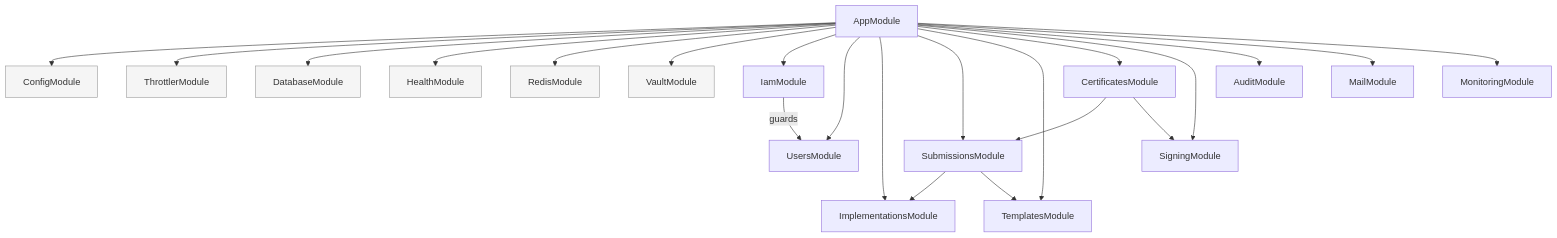
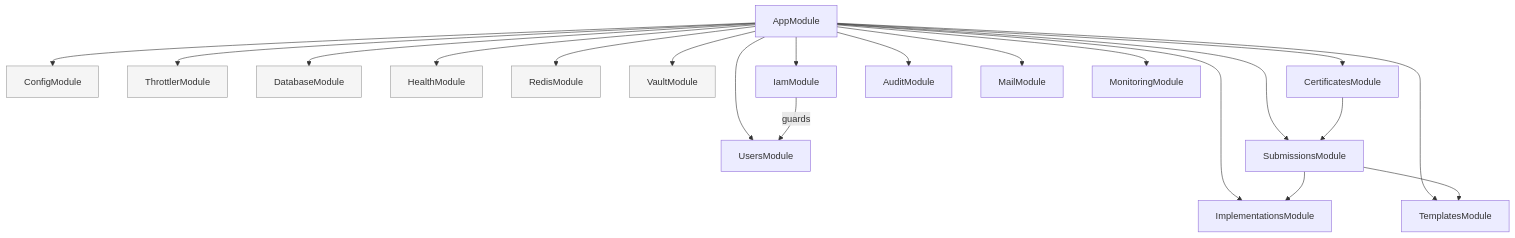
Before and after one commit to dhis2/certification-app: the third of 8 diagrams in docs/architecture.md, drawn with Mermaid. The commit also changed other lines of this file and 135 other files, not shown here.

````diff
--- a/docs/architecture.md
+++ b/docs/architecture.md
@@ -70,35 +84,33 @@
 ```mermaid
 graph TD
     App[AppModule]
 
     App --> Config[ConfigModule]
     App --> Throttler[ThrottlerModule]
     App --> Database[DatabaseModule]
     App --> Health[HealthModule]
     App --> RedisM[RedisModule]
     App --> VaultM[VaultModule]
 
     App --> IAM[IamModule]
     App --> Users[UsersModule]
     App --> Impl[ImplementationsModule]
     App --> Sub[SubmissionsModule]
     App --> Tmpl[TemplatesModule]
     App --> Cert[CertificatesModule]
-    App --> Sign[SigningModule]
     App --> Audit[AuditModule]
     App --> Mail[MailModule]
     App --> Mon[MonitoringModule]
 
     IAM -->|guards| Users
     Sub --> Impl
     Sub --> Tmpl
     Cert --> Sub
-    Cert --> Sign
 
     style Config fill:#f5f5f5,stroke:#999
     style Throttler fill:#f5f5f5,stroke:#999
     style Database fill:#f5f5f5,stroke:#999
     style Health fill:#f5f5f5,stroke:#999
     style RedisM fill:#f5f5f5,stroke:#999
     style VaultM fill:#f5f5f5,stroke:#999
 ```
````
